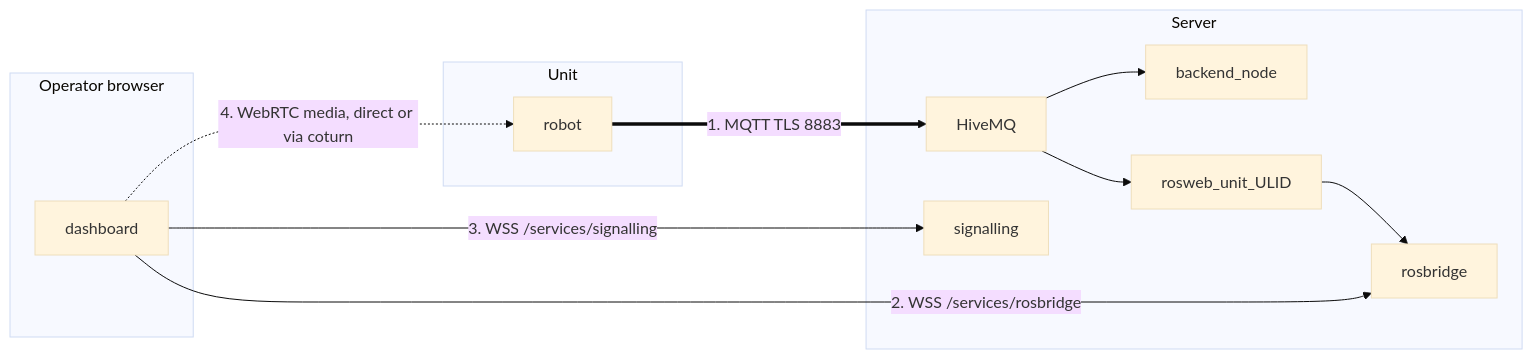
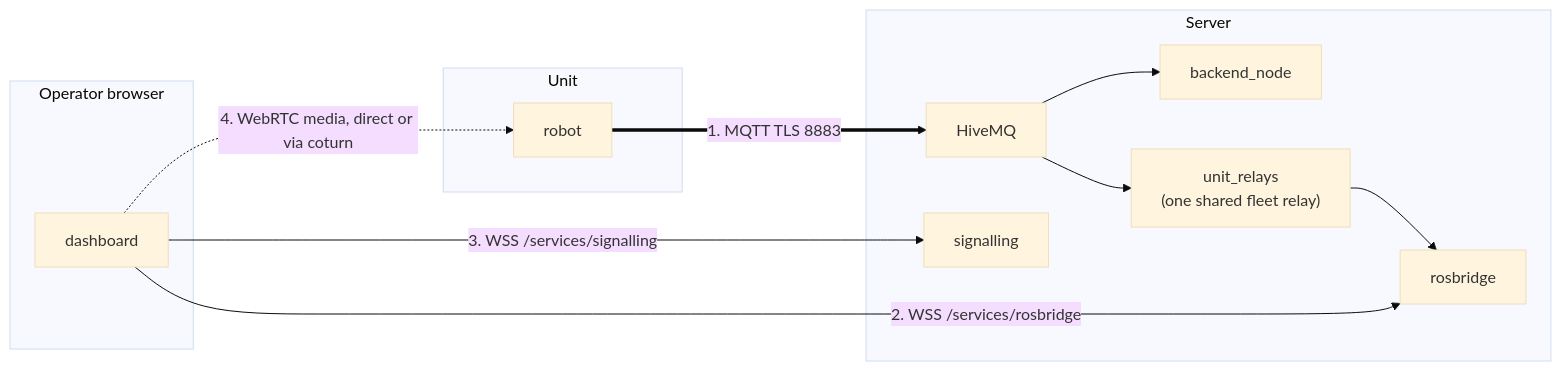
The diagram in docs/setup/system-setup.md (itbdelaboprogramming/msd700_documentation), drawn with Mermaid (base theme) before and after one commit. The commit also changed other lines of this file and 110 other files, not shown here.

````diff
--- a/docs/setup/system-setup.md
+++ b/docs/setup/system-setup.md
@@ -14,23 +11,23 @@
 ```mermaid
 flowchart LR
   subgraph U["Unit"]
     R["robot"]
   end
   subgraph S["Server"]
     MQ["HiveMQ"]
     BE["backend_node"]
-    UC["rosweb_unit_ULID"]
+    FR["unit_relays<br/>(one shared fleet relay)"]
     RB["rosbridge"]
     SIG["signalling"]
   end
   subgraph B["Operator browser"]
     UI["dashboard"]
   end
 
   R ==>|"1. MQTT TLS 8883"| MQ
   MQ --> BE
-  MQ --> UC --> RB
+  MQ --> FR --> RB
   UI -->|"2. WSS /services/rosbridge"| RB
   UI -->|"3. WSS /services/signalling"| SIG
   UI -.->|"4. WebRTC media, direct or via coturn"| R
 ```
````
